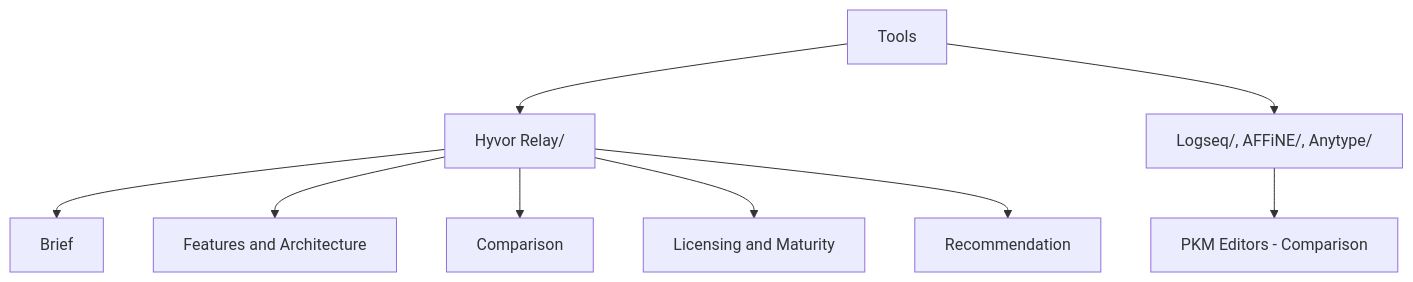
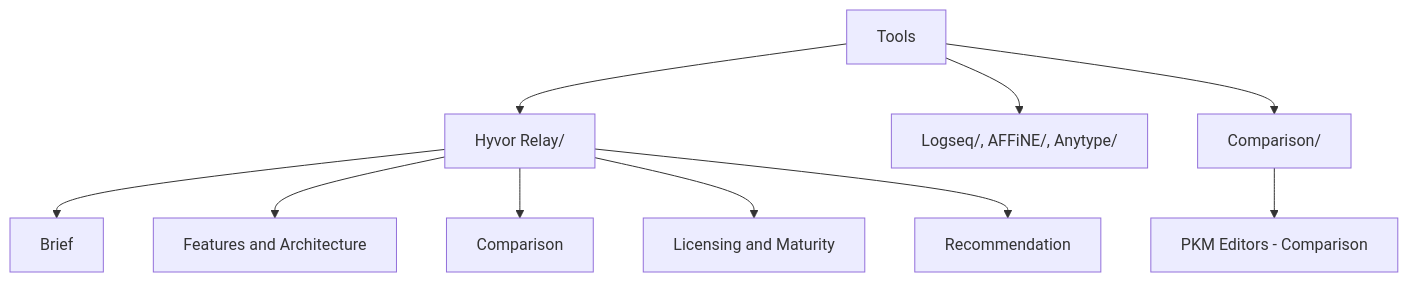
Before and after one commit to Nitinsudarshan/MindME: the diagram in Tools/Tools.md, drawn with Mermaid. The commit also changed 2 other files, not shown here.

Commit message:
File cross-tool comparisons under Tools/Comparison/, not Tools/ root
Move PKM Editors - Comparison.md into Tools/Comparison/ and update
the Tools Comparison Kickoff Prompt template so future comparison
notes land there by default, keeping every cross-tool comparison in
one place distinct from the individual Tools/<Tool>/ folders.

````diff
--- a/Tools/Tools.md
+++ b/Tools/Tools.md
@@ -19,12 +19,13 @@
 ```mermaid
 flowchart TD
     A[Tools]
     A --> B["Hyvor Relay/"]
     B --> B1[Brief]
     B --> B2[Features and Architecture]
     B --> B3[Comparison]
     B --> B4[Licensing and Maturity]
     B --> B5[Recommendation]
     A --> C["Logseq/, AFFiNE/, Anytype/"]
-    C --> D[PKM Editors - Comparison]
+    A --> E["Comparison/"]
+    E --> D[PKM Editors - Comparison]
 ```
````
